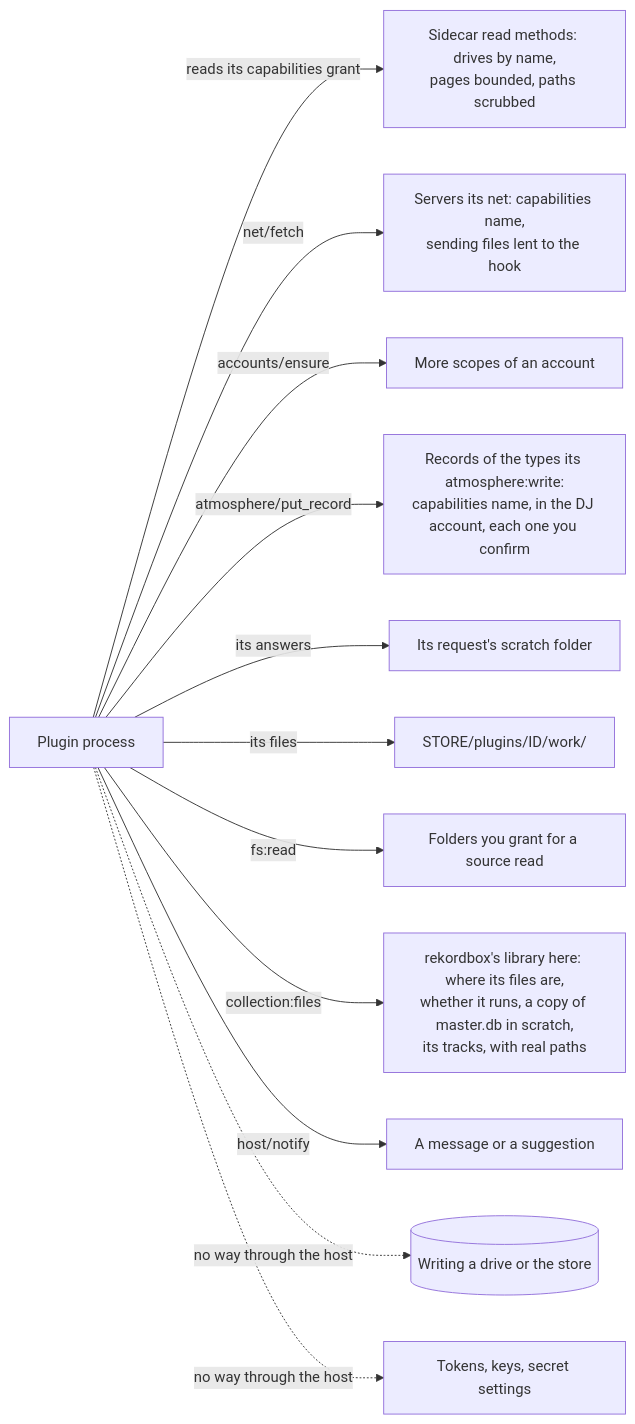
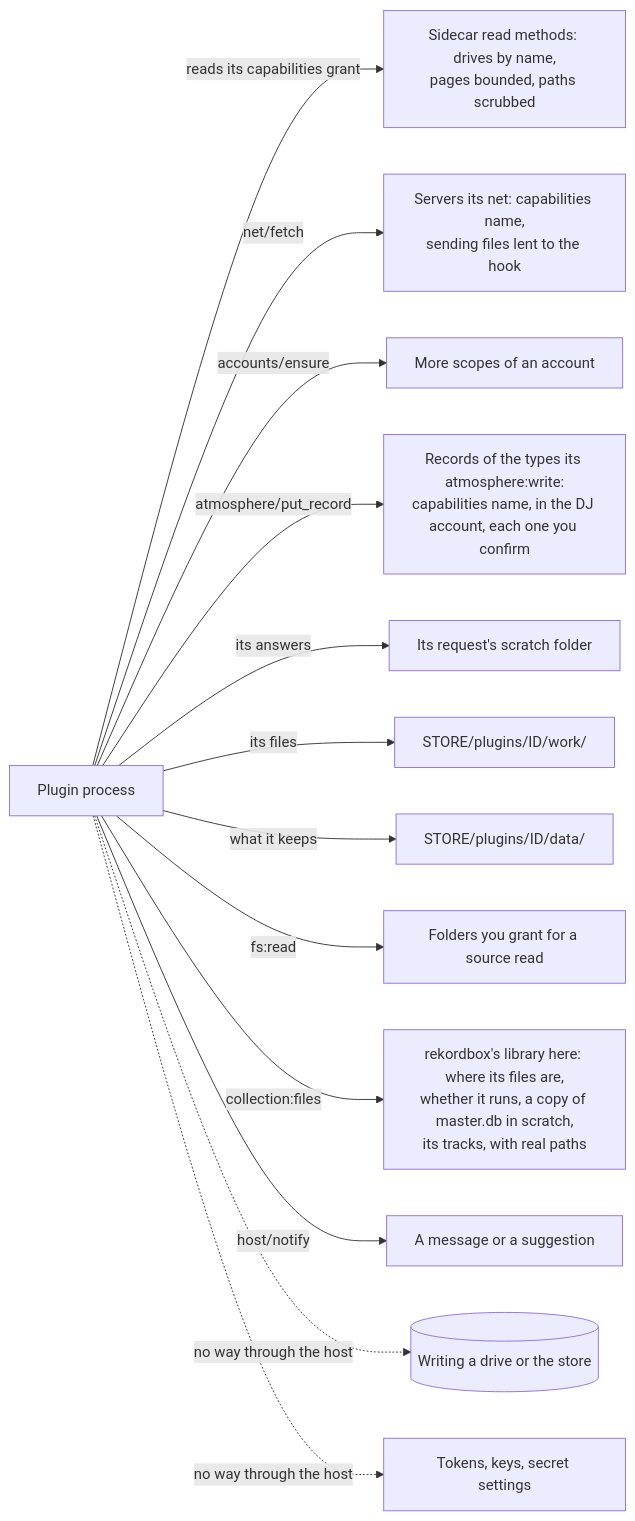
Before and after one commit to cutenode/localnetwork: the eighth of 17 diagrams in apps/locallibrary/docs/diagrams/plugins.md, drawn with Mermaid. The commit also changed other lines of this file and 3 other files, not shown here.

First line of the commit message:
docs(locallibrary): draw planned plugin commands in the diagrams

````diff
--- a/apps/locallibrary/docs/diagrams/plugins.md
+++ b/apps/locallibrary/docs/diagrams/plugins.md
@@ -182,14 +182,15 @@
 ```mermaid
 flowchart LR
     plugin["Plugin process"] -->|"reads its capabilities grant"| reads["Sidecar read methods: drives by name,<br/>pages bounded, paths scrubbed"]
     plugin -->|"net/fetch"| net["Servers its net: capabilities name,<br/>sending files lent to the hook"]
     plugin -->|"accounts/ensure"| ensure["More scopes of an account"]
     plugin -->|"atmosphere/put_record"| record["Records of the types its atmosphere:write:<br/>capabilities name, in the DJ account, each one you confirm"]
     plugin -->|"its answers"| scratch["Its request's scratch folder"]
     plugin -->|"its files"| work["STORE/plugins/ID/work/"]
+    plugin -->|"what it keeps"| data["STORE/plugins/ID/data/"]
     plugin -->|"fs:read"| folders["Folders you grant for a source read"]
     plugin -->|"collection:files"| rekordbox["rekordbox's library here: where its files are,<br/>whether it runs, a copy of master.db in scratch,<br/>its tracks, with real paths"]
     plugin -->|"host/notify"| notify["A message or a suggestion"]
     plugin -.->|"no way through the host"| drive[("Writing a drive or the store")]
     plugin -.->|"no way through the host"| tokens["Tokens, keys, secret settings"]
 ```
````
